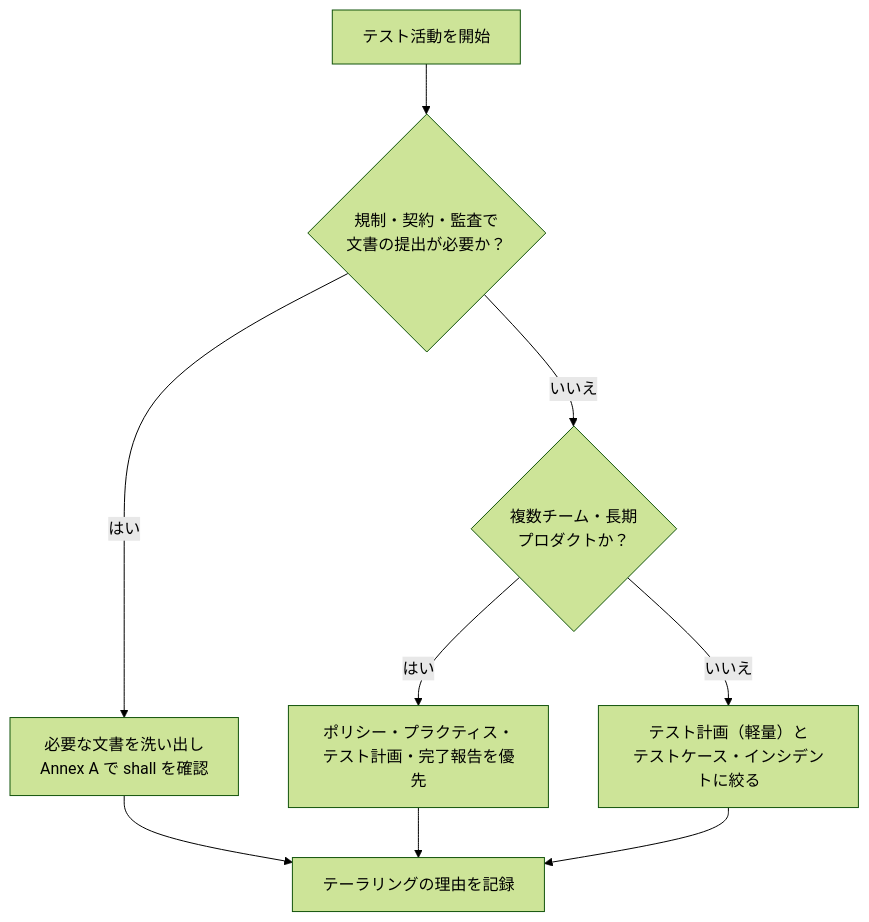
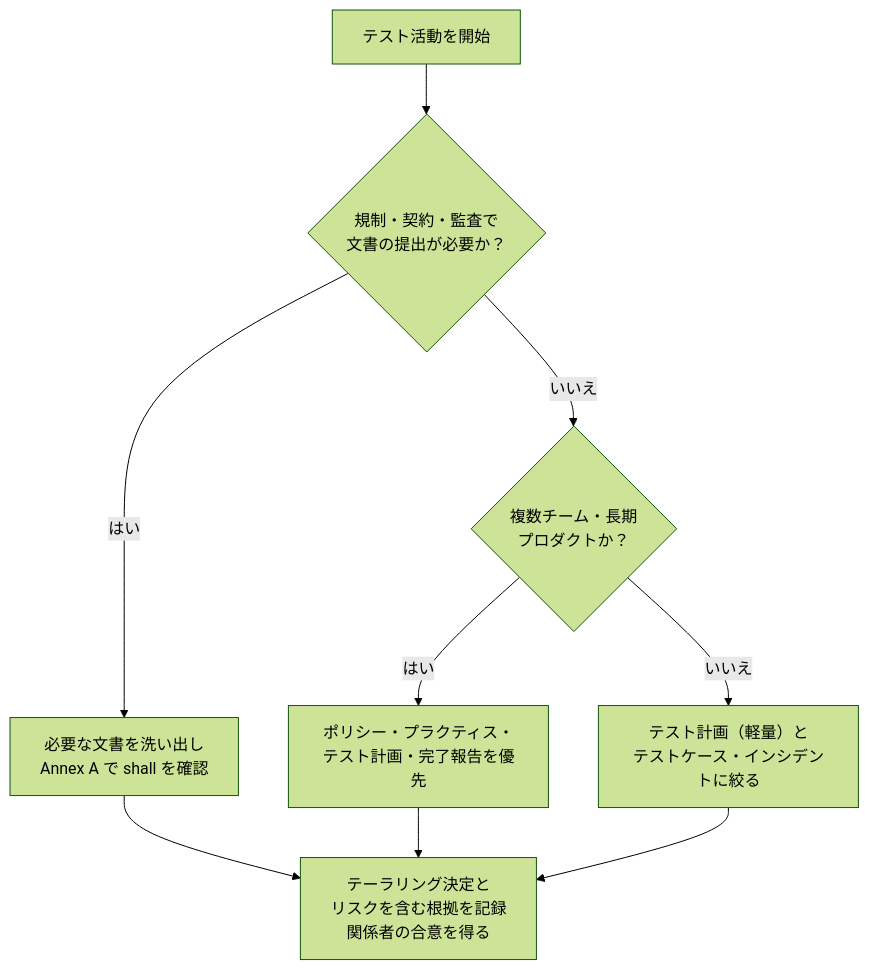
One commit to myoshi2891/Quality-Assurance-Studies changed diagram 11 of 12 in Iso-iec-ieee-29119-3-2021-guide.md. Above: the diagram before and after it, drawn with Mermaid (forest theme). The commit also changed other lines of this file and 1 other file, not shown here.

````diff
--- a/Iso-iec-ieee-29119-3-2021-guide.md
+++ b/Iso-iec-ieee-29119-3-2021-guide.md
@@ -598,11 +598,11 @@
 ```mermaid
 flowchart TD
     START["テスト活動を開始"] --> Q1{"規制・契約・監査で<br/>文書の提出が必要か？"}
     Q1 -->|"はい"| FULL["必要な文書を洗い出し<br/>Annex A で shall を確認"]
     Q1 -->|"いいえ"| Q2{"複数チーム・長期<br/>プロダクトか？"}
     Q2 -->|"はい"| MID["ポリシー・プラクティス・<br/>テスト計画・完了報告を優先"]
     Q2 -->|"いいえ"| LIGHT["テスト計画（軽量）と<br/>テストケース・インシデントに絞る"]
-    FULL --> TAILOR["テーラリングの理由を記録"]
+    FULL --> TAILOR["テーラリング決定と<br/>リスクを含む根拠を記録<br/>関係者の合意を得る"]
     MID --> TAILOR
     LIGHT --> TAILOR
 ```
````
